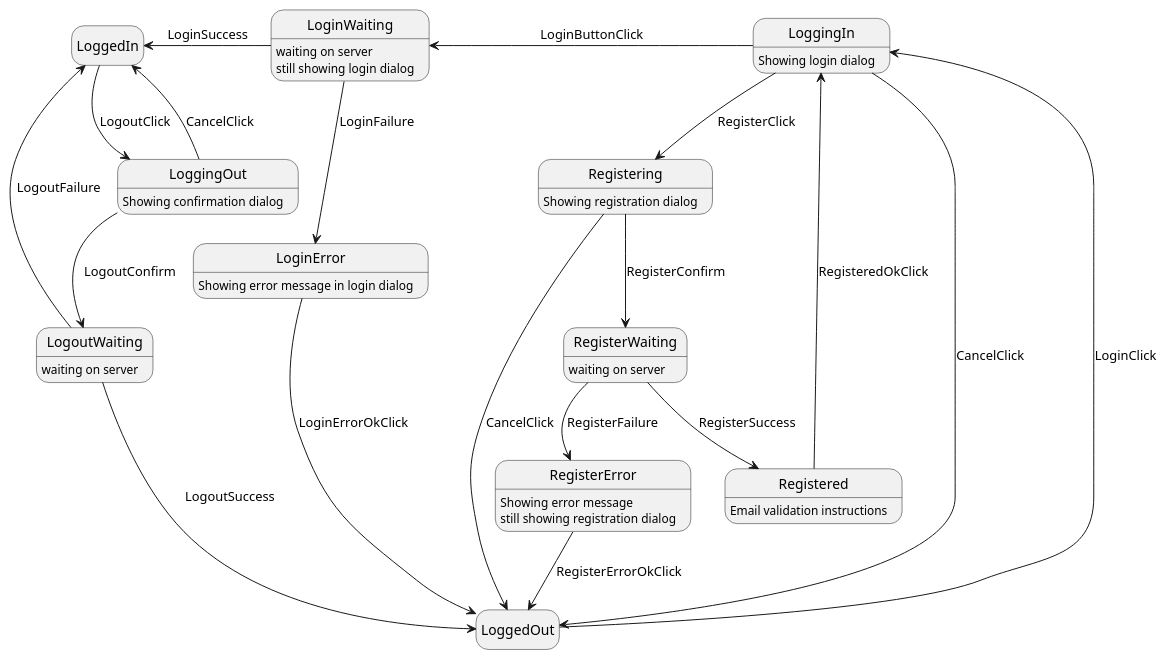
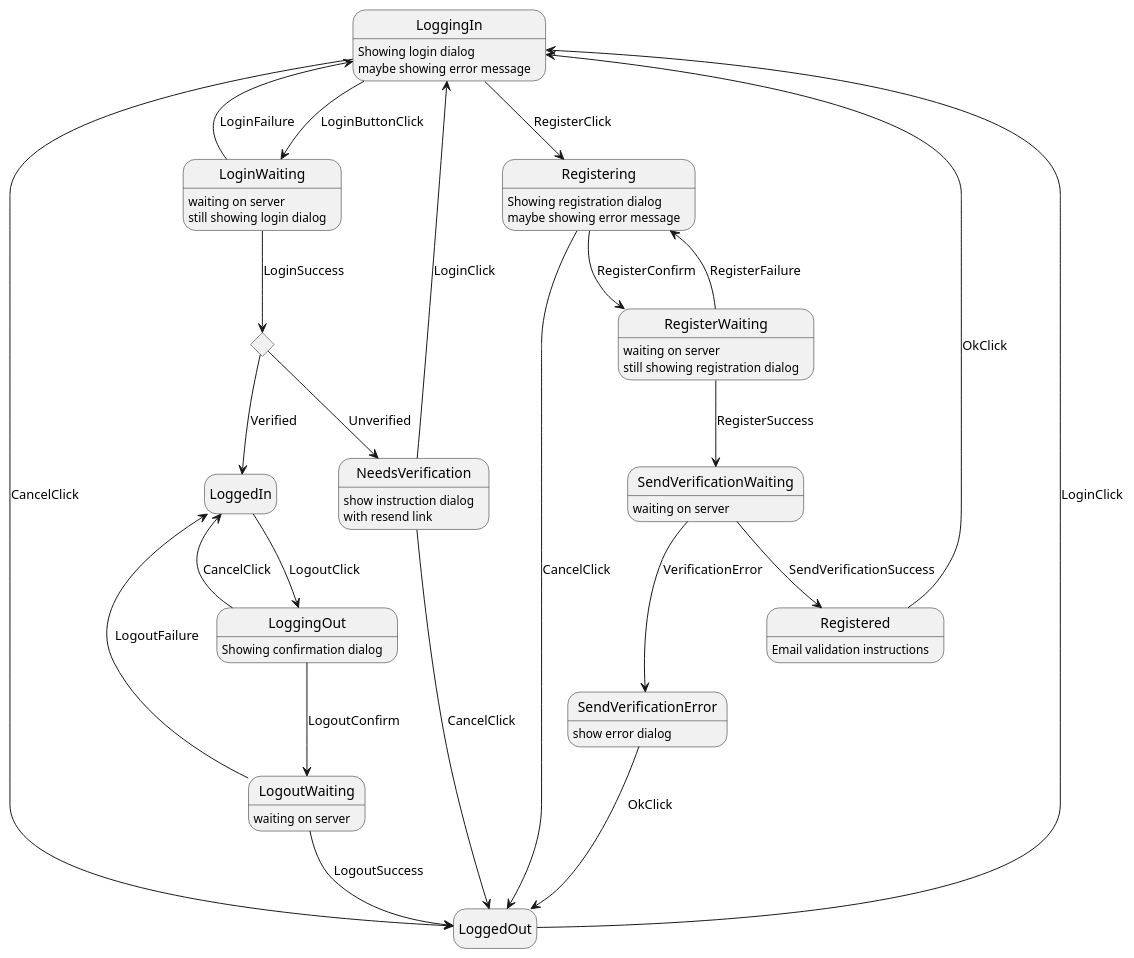
One commit to Zer0-Vector/swn-faction-tracker changed the diagram in design/user management/Login Logout.plantuml. Above: the diagram before and after it, drawn with PlantUML.

Commit message:
add states and transitions for verification and registration

```diff
--- a/design/user management/Login Logout.plantuml
+++ b/design/user management/Login Logout.plantuml
@@ -1,38 +1,45 @@
 @startuml Login Logout States
 hide empty description
 
 state LoggingIn : Showing login dialog
+LoggingIn : maybe showing error message
 state LoginWaiting : waiting on server
 LoginWaiting : still showing login dialog
-state LoginError : Showing error message in login dialog
 state LoggingOut : Showing confirmation dialog
+state LogoutWaiting : waiting on server
 state Registering : Showing registration dialog
+Registering : maybe showing error message
+state LoggedOut
 state Registered : Email validation instructions
-state RegisterError : Showing error message 
-RegisterError: still showing registration dialog
 state RegisterWaiting : waiting on server
-state LogoutWaiting : waiting on server
-state LoggedOut
-
+RegisterWaiting: still showing registration dialog
+state verify <<choice>>
+state NeedsVerification : show instruction dialog\nwith resend link
+state SendVerificationWaiting : waiting on server
+state SendVerificationError : show error dialog
 
 LoggedOut --> LoggingIn : LoginClick
-LoggingIn -left-> LoginWaiting : LoginButtonClick
-LoginWaiting -left-> LoggedIn : LoginSuccess
+LoggingIn --> LoginWaiting : LoginButtonClick
+LoginWaiting --> verify : LoginSuccess
+verify --> LoggedIn : Verified
+verify --> NeedsVerification : Unverified
+NeedsVerification --> LoggedOut : CancelClick
+NeedsVerification --> LoggingIn : LoginClick
 LoggingIn --> LoggedOut : CancelClick
 LoggedIn --> LoggingOut : LogoutClick
 LoggingOut --> LoggedIn : CancelClick
 LoggingOut --> LogoutWaiting : LogoutConfirm
 LogoutWaiting --> LoggedOut : LogoutSuccess
 LogoutWaiting --> LoggedIn : LogoutFailure
-LoginWaiting --> LoginError : LoginFailure
-LoginError --> LoggedOut : LoginErrorOkClick
+LoginWaiting --> LoggingIn : LoginFailure
 LoggingIn --> Registering : RegisterClick
 Registering --> RegisterWaiting : RegisterConfirm
-RegisterWaiting --> Registered : RegisterSuccess
-RegisterWaiting --> RegisterError : RegisterFailure
-RegisterError --> LoggedOut : RegisterErrorOkClick
-Registered --> LoggingIn : RegisteredOkClick
+RegisterWaiting --> SendVerificationWaiting : RegisterSuccess
+SendVerificationError --> LoggedOut : OkClick
+RegisterWaiting --> Registering : RegisterFailure
+Registered --> LoggingIn : OkClick
 Registering --> LoggedOut : CancelClick
-
+SendVerificationWaiting --> SendVerificationError : VerificationError
+SendVerificationWaiting --> Registered : SendVerificationSuccess
 
 @enduml
```
